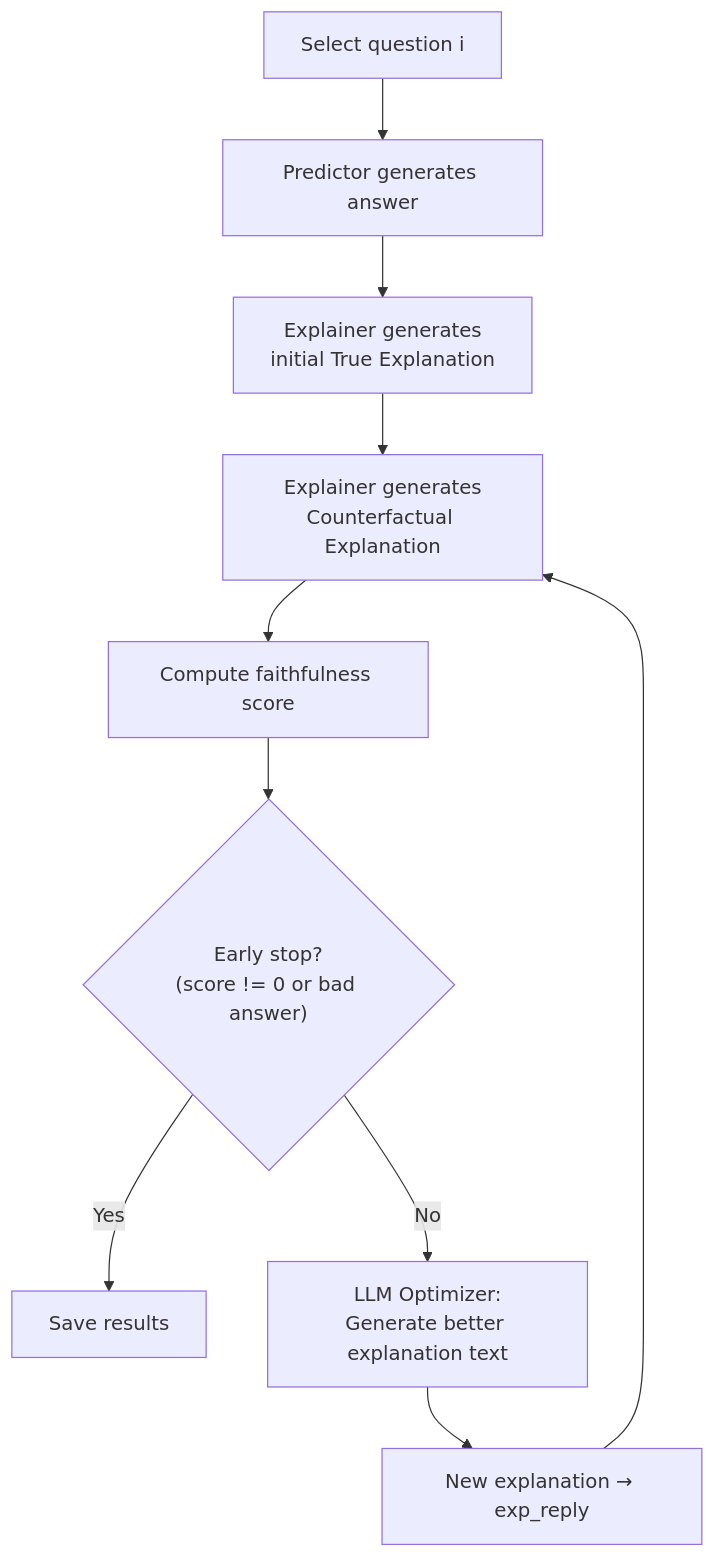
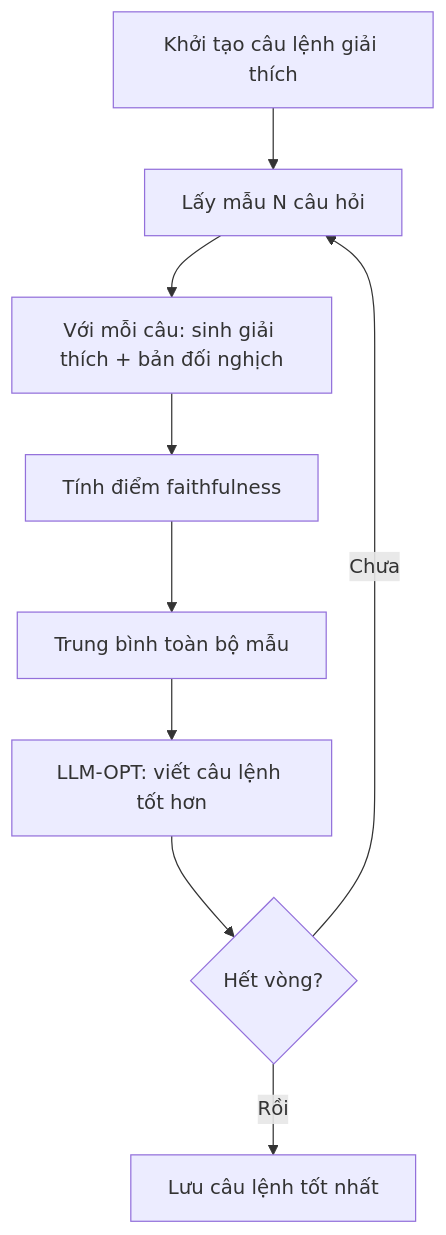
The second of 3 diagrams in docs/architecture.md (lklong1551019/NLP_Final), drawn with Mermaid before and after one commit. The commit also changed other lines of this file and 34 other files, not shown here.

````diff
--- a/docs/architecture.md
+++ b/docs/architecture.md
@@ -71,12 +58,11 @@
 ```mermaid
 flowchart TD
-    A["Select question i"] --> B["Predictor generates answer"]
-    B --> C["Explainer generates<br/>initial True Explanation"]
-    C --> D["Explainer generates<br/>Counterfactual Explanation"]
-    D --> E["Compute faithfulness score"]
-    E --> F{"Early stop?<br/>(score != 0 or bad answer)"}
-    F -- Yes --> G["Save results"]
-    F -- No --> H["LLM Optimizer:<br/>Generate better explanation text"]
-    H --> I["New explanation → exp_reply"]
-    I --> D
+    A["Khởi tạo câu lệnh giải thích"] --> B["Lấy mẫu N câu hỏi"]
+    B --> C["Với mỗi câu: sinh giải thích + bản đối nghịch"]
+    C --> D["Tính điểm faithfulness"]
+    D --> E["Trung bình toàn bộ mẫu"]
+    E --> F["LLM-OPT: viết câu lệnh tốt hơn"]
+    F --> G{"Hết vòng?"}
+    G -- Chưa --> B
+    G -- Rồi --> H["Lưu câu lệnh tốt nhất"]
 ```
````
